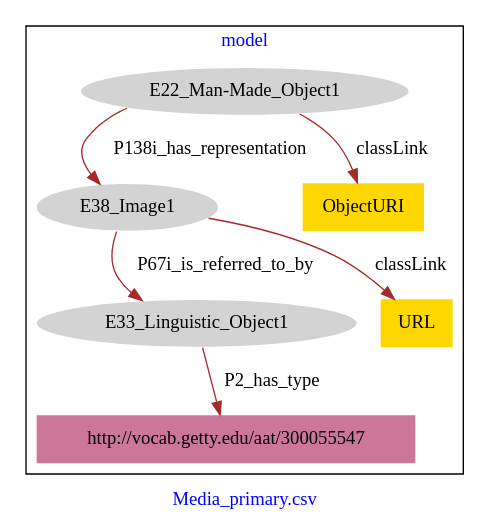
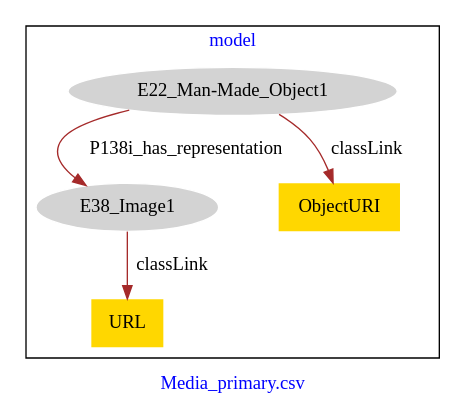
Before and after one commit to american-art/GM: the diagram in Media_primary/Media_primary-model.dot, drawn with Graphviz.

Commit message:
Update file Media_primary-model.dot

```diff
--- a/Media_primary/Media_primary-model.dot
+++ b/Media_primary/Media_primary-model.dot
@@ -1,19 +1,15 @@
 digraph n0 {
 fontcolor="blue"
 remincross="true"
 label="Media_primary.csv"
 subgraph cluster {
 label="model"
 n2[style="filled",color="white",fillcolor="lightgray",label="E22_Man-Made_Object1"];
 n3[style="filled",color="white",fillcolor="lightgray",label="E38_Image1"];
-n4[style="filled",color="white",fillcolor="lightgray",label="E33_Linguistic_Object1"];
-n5[shape="plaintext",style="filled",fillcolor="gold",label="URL"];
-n6[shape="plaintext",style="filled",fillcolor="gold",label="ObjectURI"];
-n7[shape="plaintext",style="filled",fillcolor="#CC7799",label="http://vocab.getty.edu/aat/300055547"];
+n4[shape="plaintext",style="filled",fillcolor="gold",label="URL"];
+n5[shape="plaintext",style="filled",fillcolor="gold",label="ObjectURI"];
 }
 n2 -> n3[color="brown",fontcolor="black",label="P138i_has_representation"]
-n3 -> n4[color="brown",fontcolor="black",label="P67i_is_referred_to_by"]
-n3 -> n5[color="brown",fontcolor="black",label="classLink"]
-n2 -> n6[color="brown",fontcolor="black",label="classLink"]
-n4 -> n7[color="brown",fontcolor="black",label="P2_has_type"]
+n3 -> n4[color="brown",fontcolor="black",label="classLink"]
+n2 -> n5[color="brown",fontcolor="black",label="classLink"]
 }
```
